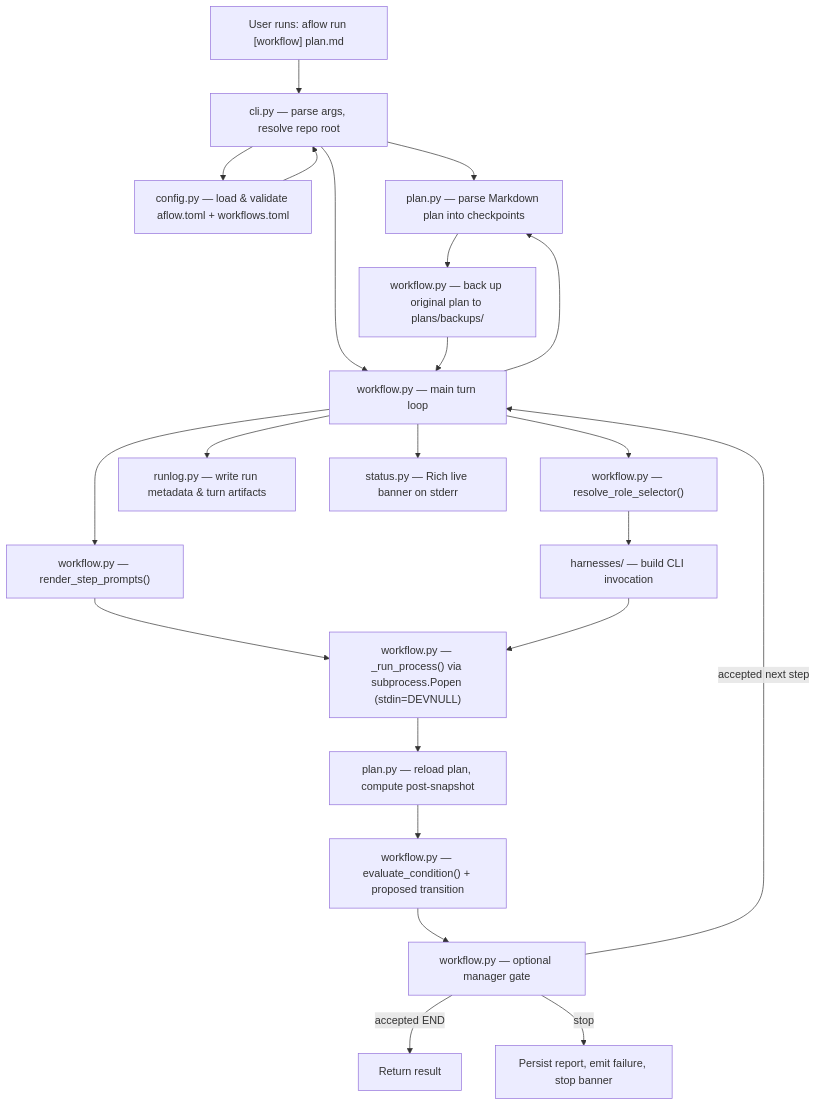
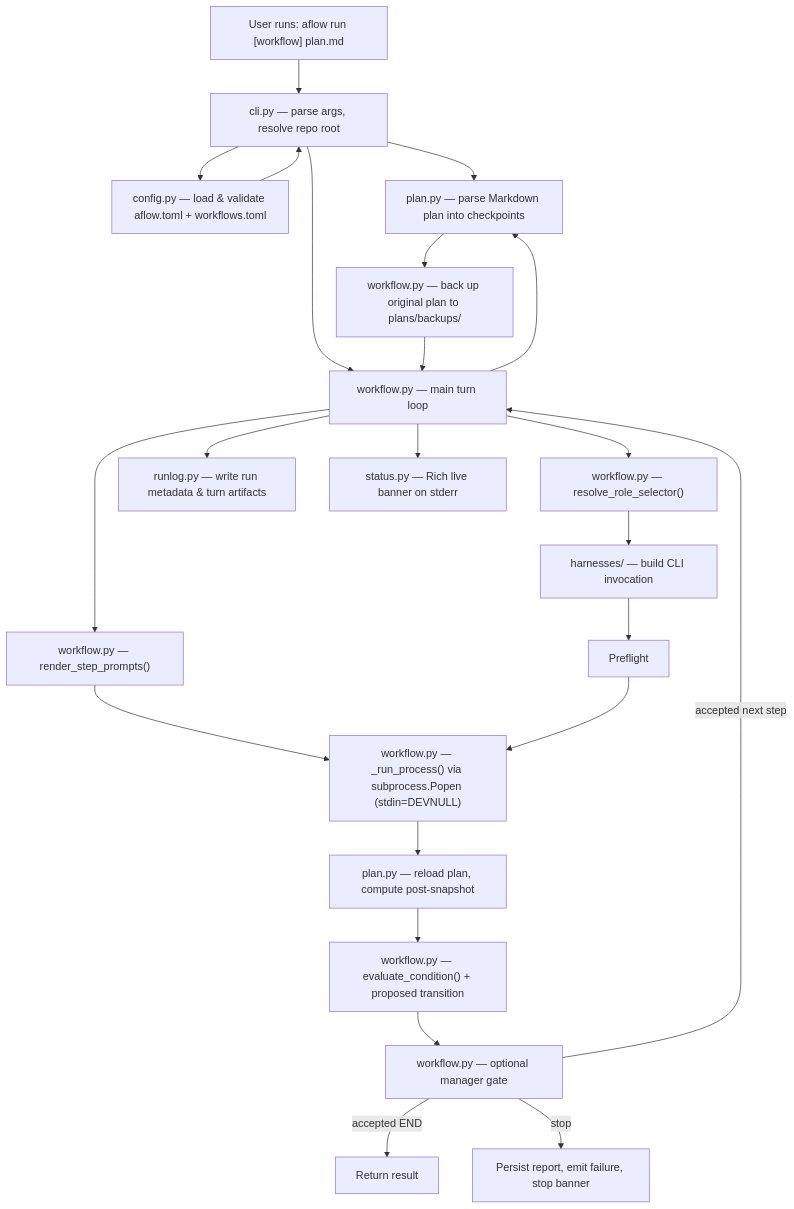
Before and after one commit to evrenesat/aworkflow: the diagram in ARCHITECTURE.md, drawn with Mermaid. The commit also changed other lines of this file and 17 other files, not shown here.

````diff
--- a/ARCHITECTURE.md
+++ b/ARCHITECTURE.md
@@ -7,40 +7,41 @@
 ```mermaid
 flowchart TD
     User["User runs: aflow run [workflow] plan.md"]
     CLI["cli.py — parse args, resolve repo root"]
     Config["config.py — load & validate aflow.toml + workflows.toml"]
     PlanParse["plan.py — parse Markdown plan into checkpoints"]
     Backup["workflow.py — back up original plan to plans/backups/"]
     WorkflowLoop["workflow.py — main turn loop"]
     PromptRender["workflow.py — render_step_prompts()"]
     Role["workflow.py — resolve_role_selector()"]
     Adapter["harnesses/ — build CLI invocation"]
     Subprocess["workflow.py — _run_process() via subprocess.Popen (stdin=DEVNULL)"]
     PlanReload["plan.py — reload plan, compute post-snapshot"]
     Transition["workflow.py — evaluate_condition() + proposed transition"]
     Manager["workflow.py — optional manager gate"]
     RunLog["runlog.py — write run metadata & turn artifacts"]
     Banner["status.py — Rich live banner on stderr"]
 
     User --> CLI
     CLI --> Config
     Config --> CLI
     CLI --> PlanParse
     CLI --> WorkflowLoop
     WorkflowLoop --> PlanParse
     PlanParse --> Backup
     Backup --> WorkflowLoop
     WorkflowLoop --> PromptRender
     WorkflowLoop --> Role
     Role --> Adapter
     PromptRender --> Subprocess
-    Adapter --> Subprocess
+    Adapter --> Preflight
+    Preflight --> Subprocess
     Subprocess --> PlanReload
     PlanReload --> Transition
     Transition --> Manager
     Manager -->|"accepted next step"| WorkflowLoop
     Manager -->|"accepted END"| Done["Return result"]
     Manager -->|"stop"| Stopped["Persist report, emit failure, stop banner"]
     WorkflowLoop --> RunLog
     WorkflowLoop --> Banner
 ```
````
